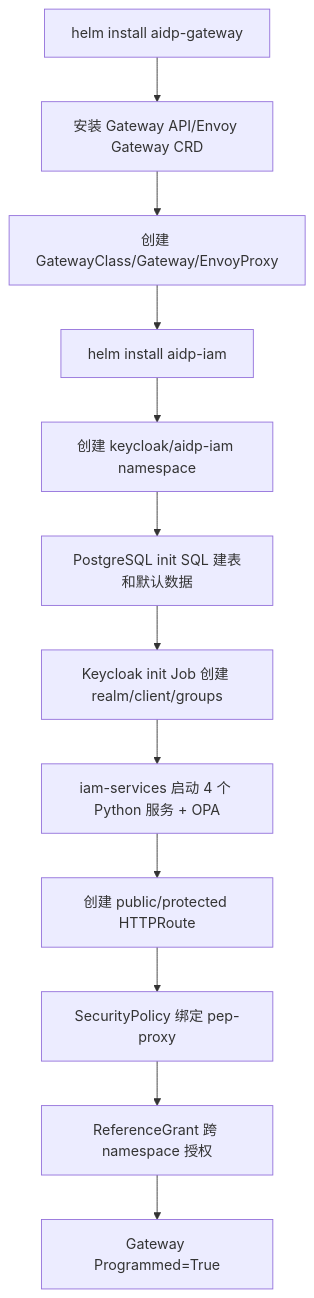
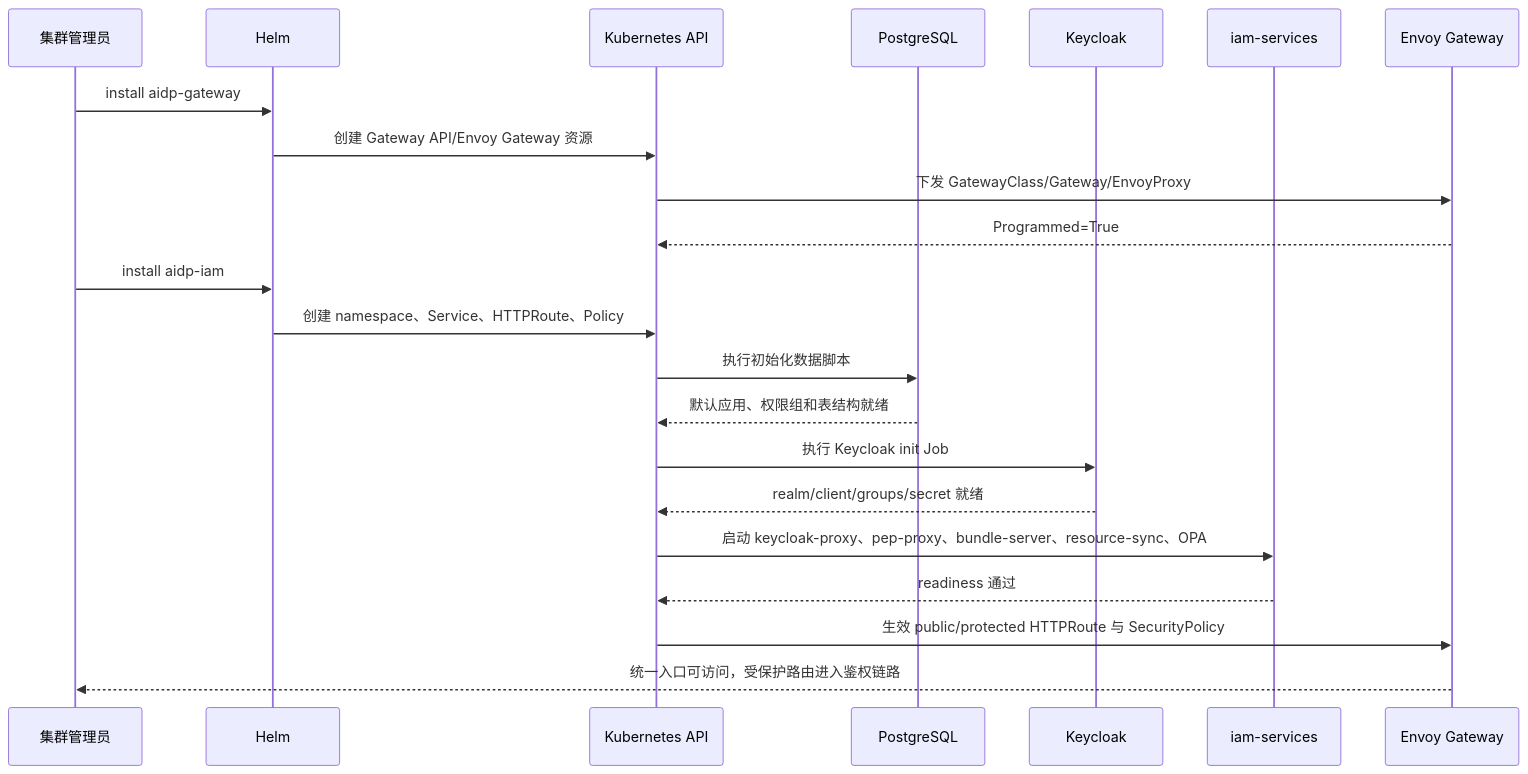
One commit to xiewanchao/aidp-iam changed the first of 3 diagrams in open-source-introduction-materials/story-app-initialization-route-integration.md. Above: the diagram before and after it, drawn with Mermaid. The commit also changed other lines of this file and 2 other files, not shown here.

````diff
--- a/open-source-introduction-materials/story-app-initialization-route-integration.md
+++ b/open-source-introduction-materials/story-app-initialization-route-integration.md
@@ -119,14 +119,25 @@
 ```mermaid
-flowchart TD
-    A[helm install aidp-gateway] --> B[安装 Gateway API/Envoy Gateway CRD]
-    B --> C[创建 GatewayClass/Gateway/EnvoyProxy]
-    C --> D[helm install aidp-iam]
-    D --> E[创建 keycloak/aidp-iam namespace]
-    E --> F[PostgreSQL init SQL 建表和默认数据]
-    F --> G[Keycloak init Job 创建 realm/client/groups]
-    G --> H[iam-services 启动 4 个 Python 服务 + OPA]
-    H --> I[创建 public/protected HTTPRoute]
-    I --> J[SecurityPolicy 绑定 pep-proxy]
-    J --> K[ReferenceGrant 跨 namespace 授权]
-    K --> L[Gateway Programmed=True]
+sequenceDiagram
+    participant Admin as 集群管理员
+    participant Helm as Helm
+    participant K8s as Kubernetes API
+    participant PG as PostgreSQL
+    participant KC as Keycloak
+    participant IAM as iam-services
+    participant GW as Envoy Gateway
+
+    Admin->>Helm: install aidp-gateway
+    Helm->>K8s: 创建 Gateway API/Envoy Gateway 资源
+    K8s->>GW: 下发 GatewayClass/Gateway/EnvoyProxy
+    GW-->>K8s: Programmed=True
+    Admin->>Helm: install aidp-iam
+    Helm->>K8s: 创建 namespace、Service、HTTPRoute、Policy
+    K8s->>PG: 执行初始化数据脚本
+    PG-->>K8s: 默认应用、权限组和表结构就绪
+    K8s->>KC: 执行 Keycloak init Job
+    KC-->>K8s: realm/client/groups/secret 就绪
+    K8s->>IAM: 启动 keycloak-proxy、pep-proxy、bundle-server、resource-sync、OPA
+    IAM-->>K8s: readiness 通过
+    K8s->>GW: 生效 public/protected HTTPRoute 与 SecurityPolicy
+    GW-->>Admin: 统一入口可访问，受保护路由进入鉴权链路
 ```
````
